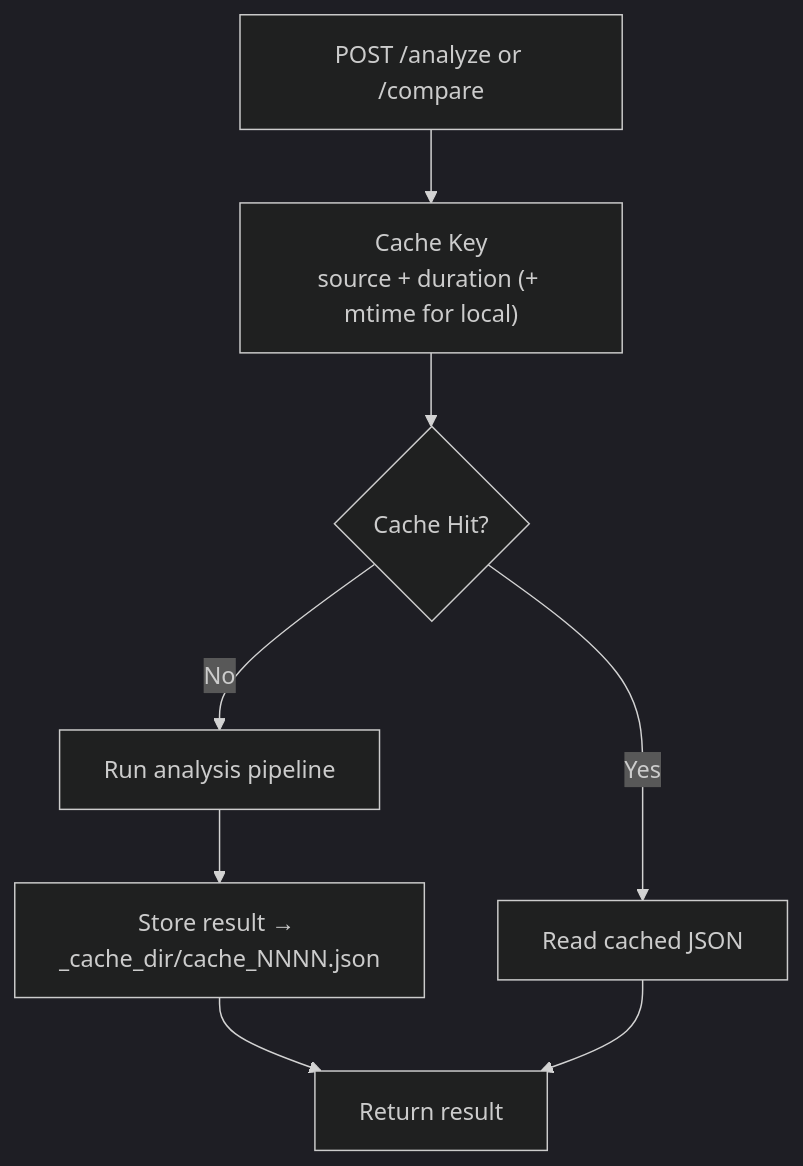
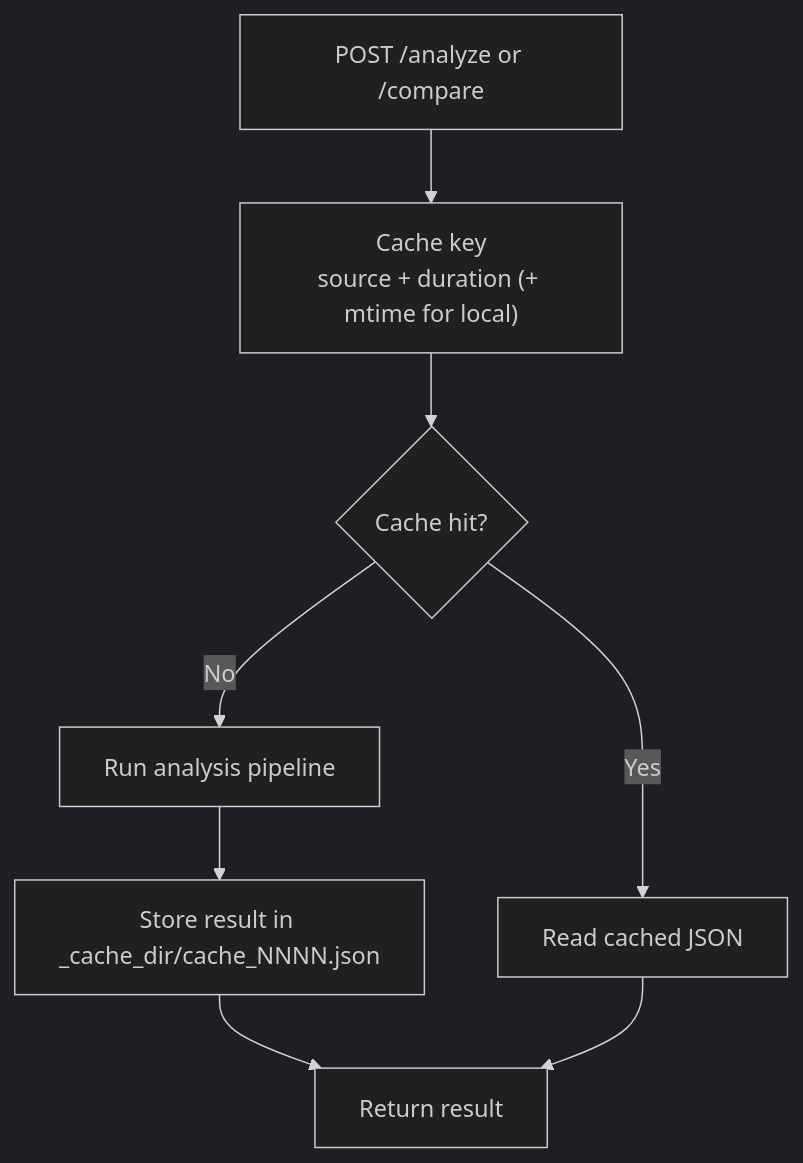
One commit to semnil/analyze-spectrum changed the eighth of 18 diagrams in docs/architecture.md. Above: the diagram before and after it, drawn with Mermaid (dark theme). The commit also changed other lines of this file and 7 other files, not shown here.

````diff
--- a/docs/architecture.md
+++ b/docs/architecture.md
@@ -210,17 +224,17 @@
 ```mermaid
 flowchart TD
     REQ["POST /analyze or /compare"]
-    KEY["Cache Key<br>source + duration (+ mtime for local)"]
-    HIT{"Cache Hit?"}
+    KEY["Cache key<br>source + duration (+ mtime for local)"]
+    HIT{"Cache hit?"}
     CACHED["Read cached JSON"]
     ANALYZE["Run analysis pipeline"]
-    STORE["Store result → _cache_dir/cache_NNNN.json"]
+    STORE["Store result in _cache_dir/cache_NNNN.json"]
 
     REQ --> KEY
     KEY --> HIT
     HIT -->|Yes| CACHED
     HIT -->|No| ANALYZE
     ANALYZE --> STORE
     STORE --> RESULT["Return result"]
     CACHED --> RESULT
 ```
````
